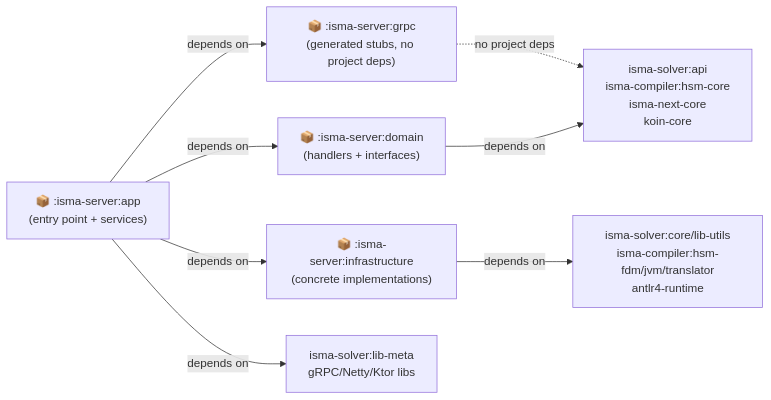
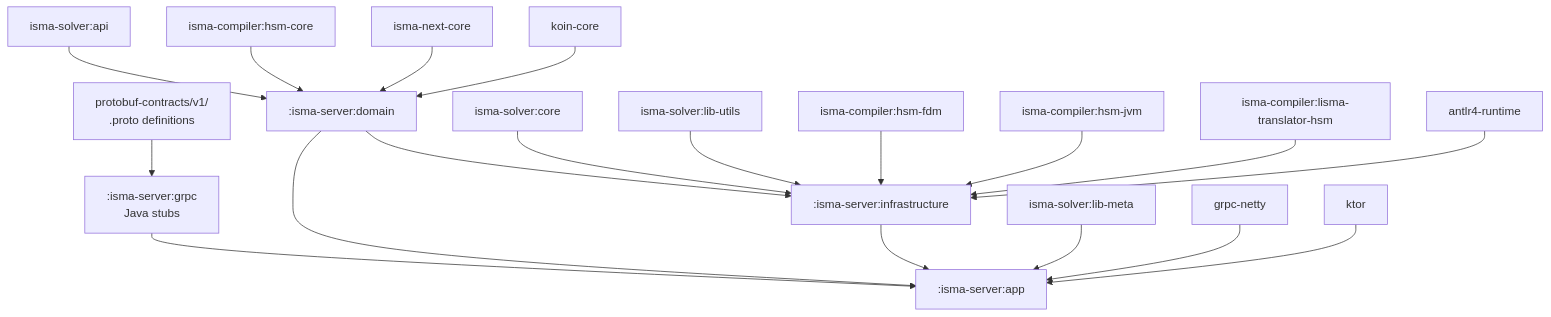
One commit to SmallBossGames/isma changed the second of 4 diagrams in docs/isma-server/01-overview.md. Above: the diagram before and after it, drawn with Mermaid. The commit also changed other lines of this file and 26 other files, not shown here.

````diff
--- a/docs/isma-server/01-overview.md
+++ b/docs/isma-server/01-overview.md
@@ -93,17 +58,21 @@
 ```mermaid
-flowchart LR
-    Grpc["📦 :isma-server:grpc\n(generated stubs, no project deps)"]
-    Domain["📦 :isma-server:domain\n(handlers + interfaces)"]
-    Infra["📦 :isma-server:infrastructure\n(concrete implementations)"]
-    App["📦 :isma-server:app\n(entry point + services)"]
-    Ext1["isma-solver:api\nisma-compiler:hsm-core\nisma-next-core\nkoin-core"]
-    Ext2["isma-solver:core/lib-utils\nisma-compiler:hsm-fdm/jvm/translator\nantlr4-runtime"]
-    Ext3["isma-solver:lib-meta\ngRPC/Netty/Ktor libs"]
-    Grpc -.->|no project deps| Ext1
-    Domain -->|depends on| Ext1
-    Infra -->|depends on| Ext2
-    App -->|depends on| Domain
-    App -->|depends on| Grpc
-    App -->|depends on| Infra
-    App -->|depends on| Ext3
+graph TD
+    Proto["protobuf-contracts/v1/\n.proto definitions"] --> Grpc[":isma-server:grpc\nJava stubs"]
+    SolverApi["isma-solver:api"] --> Domain[":isma-server:domain"]
+    HsmCore["isma-compiler:hsm-core"] --> Domain
+    NextCore["isma-next-core"] --> Domain
+    Koin["koin-core"] --> Domain
+    Domain --> Infra[":isma-server:infrastructure"]
+    SolverCore["isma-solver:core"] --> Infra
+    SolverLibUtils["isma-solver:lib-utils"] --> Infra
+    HsmFdm["isma-compiler:hsm-fdm"] --> Infra
+    HsmJvm["isma-compiler:hsm-jvm"] --> Infra
+    LismaTrans["isma-compiler:lisma-translator-hsm"] --> Infra
+    Antlr["antlr4-runtime"] --> Infra
+    Grpc --> App[":isma-server:app"]
+    Domain --> App
+    Infra --> App
+    SolverMeta["isma-solver:lib-meta"] --> App
+    GrpcLib["grpc-netty"] --> App
+    Ktor["ktor"] --> App
 ```
````
